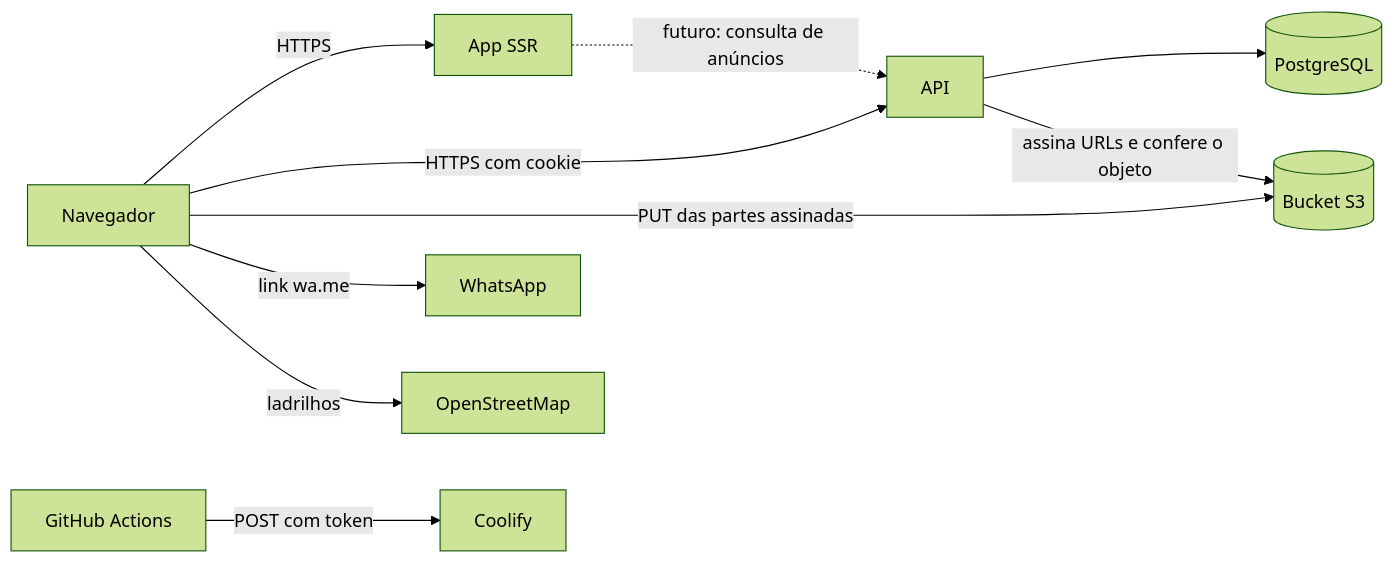
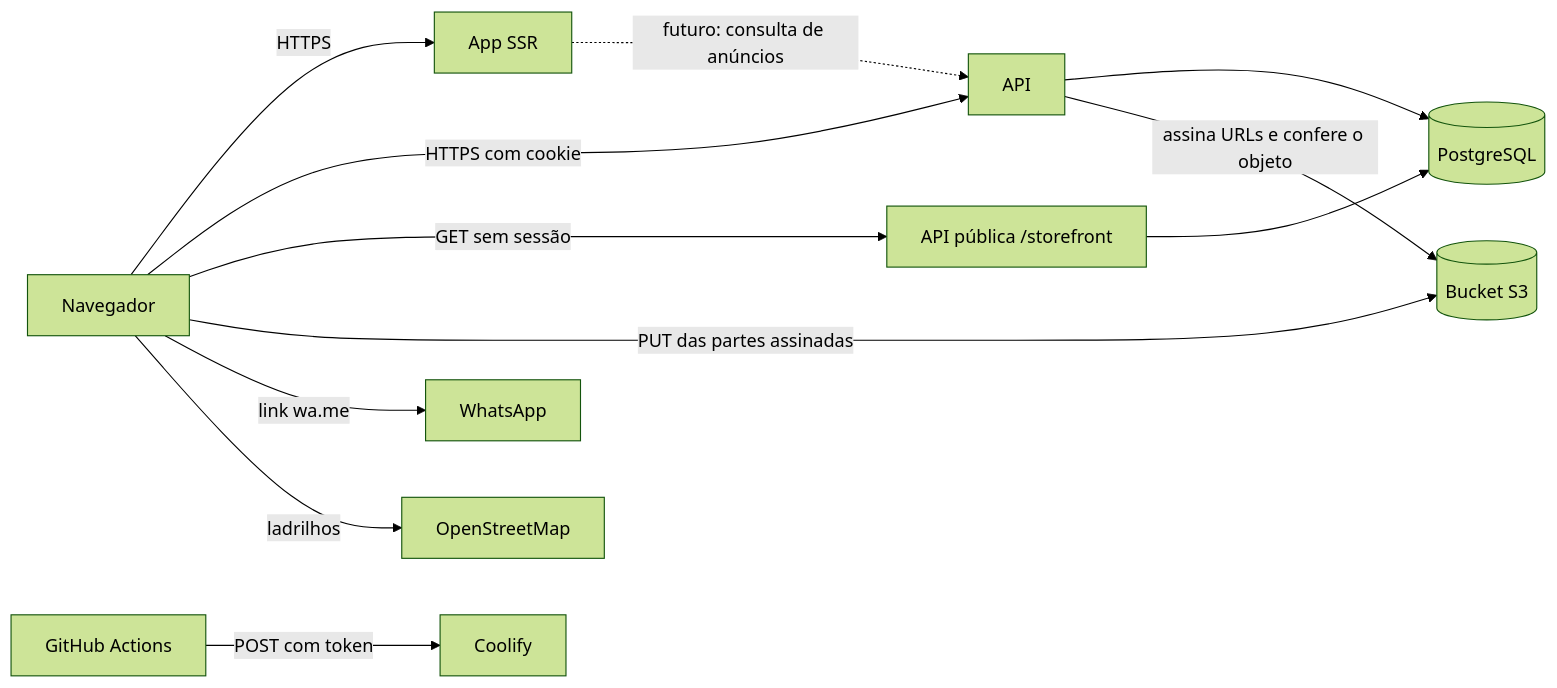
Before and after one commit to jhollyfer/aporta: the diagram in docs/SECURITY.md, drawn with Mermaid (forest theme). The commit also changed other lines of this file and 9 other files, not shown here.

First line of the commit message:
docs: registra a API pública de anúncios e o cadastro honesto

````diff
--- a/docs/SECURITY.md
+++ b/docs/SECURITY.md
@@ -34,12 +35,14 @@
 ```mermaid
 flowchart LR
   user[Navegador] -->|HTTPS| web[App SSR]
   user -->|HTTPS com cookie| api[API]
+  user -->|GET sem sessão| pub[API pública /storefront]
+  pub --> db
   user -->|PUT das partes assinadas| bucket[(Bucket S3)]
   web -.->|futuro: consulta de anúncios| api
   api --> db[(PostgreSQL)]
   api -->|assina URLs e confere o objeto| bucket
   user -->|link wa.me| wa[WhatsApp]
   user -->|ladrilhos| osm[OpenStreetMap]
   ci[GitHub Actions] -->|POST com token| coolify[Coolify]
 ```
````
